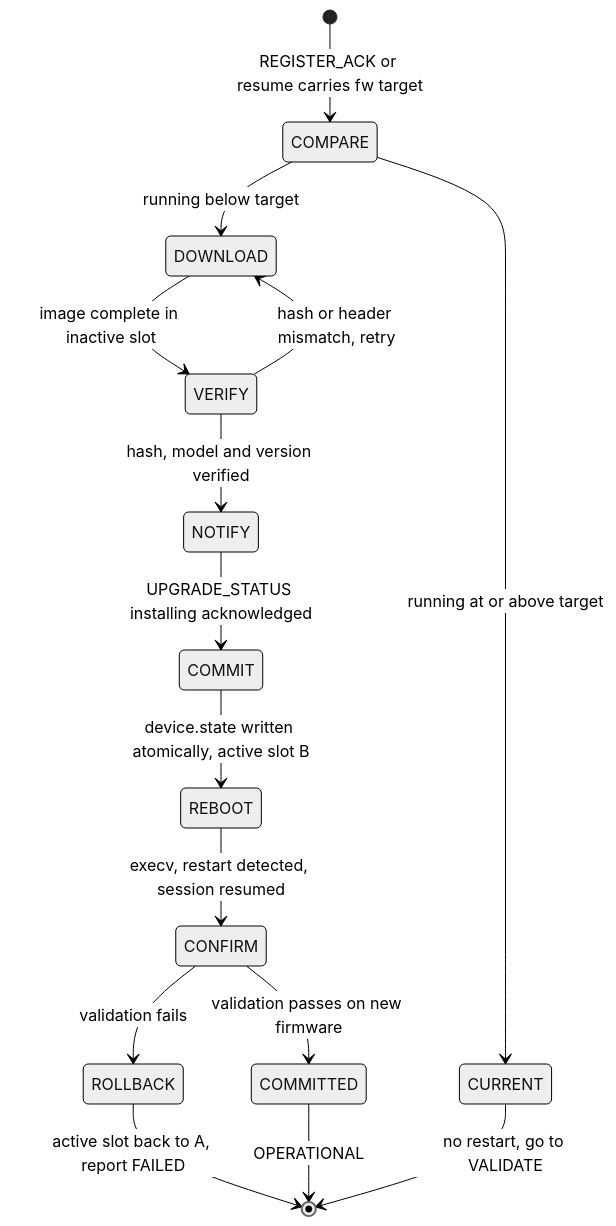
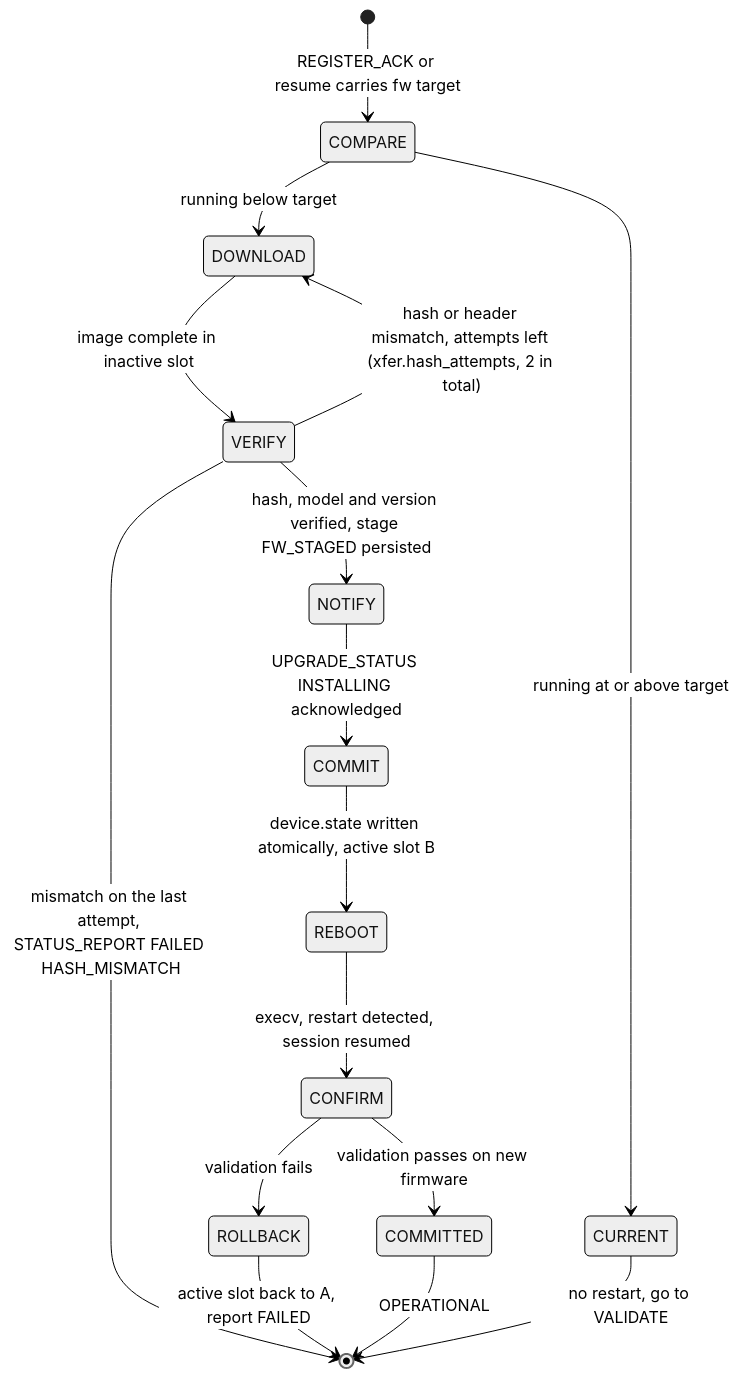
Before and after one commit to heysunilvk/ztp-project: diagram 17 of 23 in DESIGN.md, drawn with Mermaid (neutral theme). The commit also changed other lines of this file and 2 other files, not shown here.

````diff
--- a/DESIGN.md
+++ b/DESIGN.md
@@ -1165,17 +1405,18 @@
 ```mermaid
 stateDiagram-v2
     [*] --> COMPARE: REGISTER_ACK or resume carries fw target
     COMPARE --> CURRENT: running at or above target
     COMPARE --> DOWNLOAD: running below target
     DOWNLOAD --> VERIFY: image complete in inactive slot
-    VERIFY --> DOWNLOAD: hash or header mismatch, retry
-    VERIFY --> NOTIFY: hash, model and version verified
-    NOTIFY --> COMMIT: UPGRADE_STATUS installing acknowledged
+    VERIFY --> DOWNLOAD: hash or header mismatch, attempts left (xfer.hash_attempts, 2 in total)
+    VERIFY --> [*]: mismatch on the last attempt, STATUS_REPORT FAILED HASH_MISMATCH
+    VERIFY --> NOTIFY: hash, model and version verified, stage FW_STAGED persisted
+    NOTIFY --> COMMIT: UPGRADE_STATUS INSTALLING acknowledged
     COMMIT --> REBOOT: device.state written atomically, active slot B
     REBOOT --> CONFIRM: execv, restart detected, session resumed
     CONFIRM --> COMMITTED: validation passes on new firmware
     CONFIRM --> ROLLBACK: validation fails
     ROLLBACK --> [*]: active slot back to A, report FAILED
     COMMITTED --> [*]: OPERATIONAL
     CURRENT --> [*]: no restart, go to VALIDATE
 ```
````
